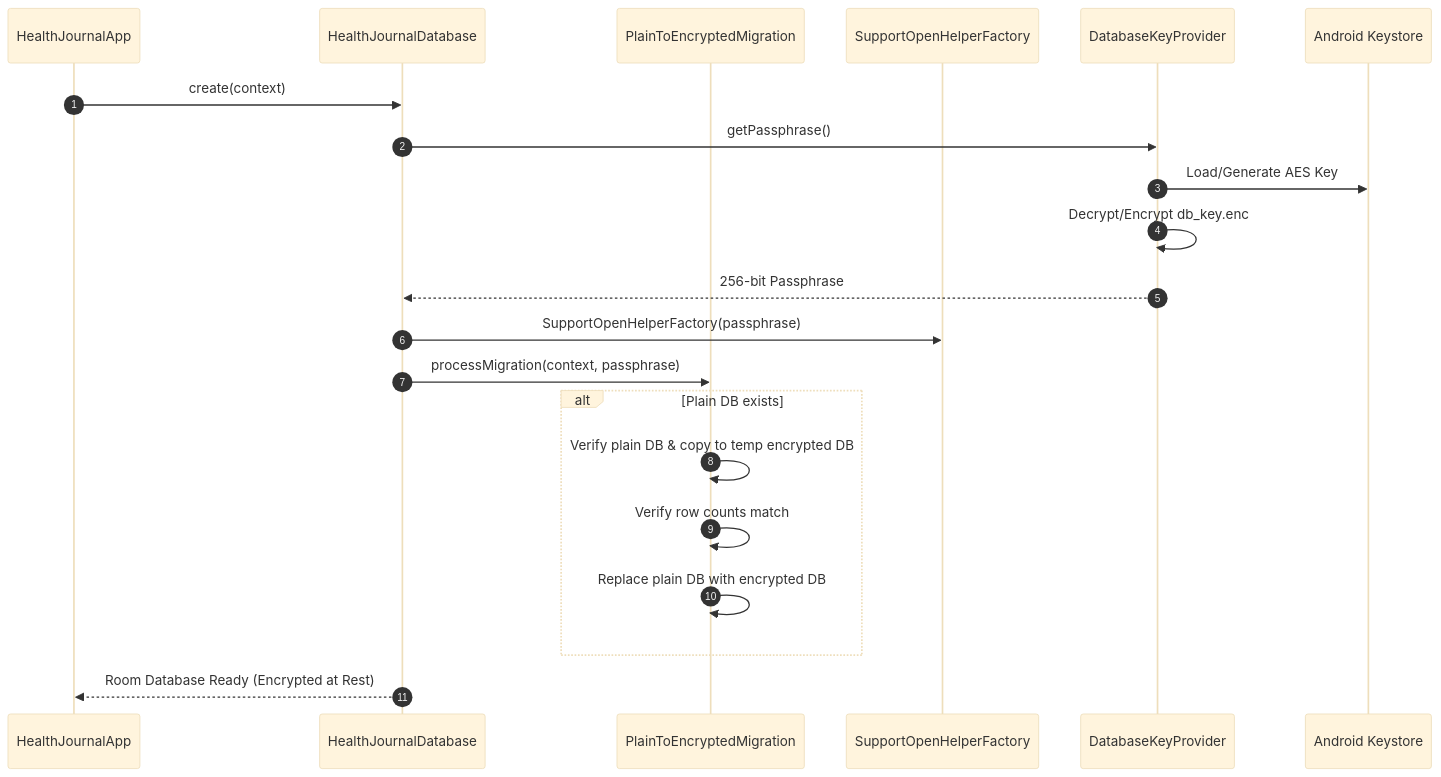
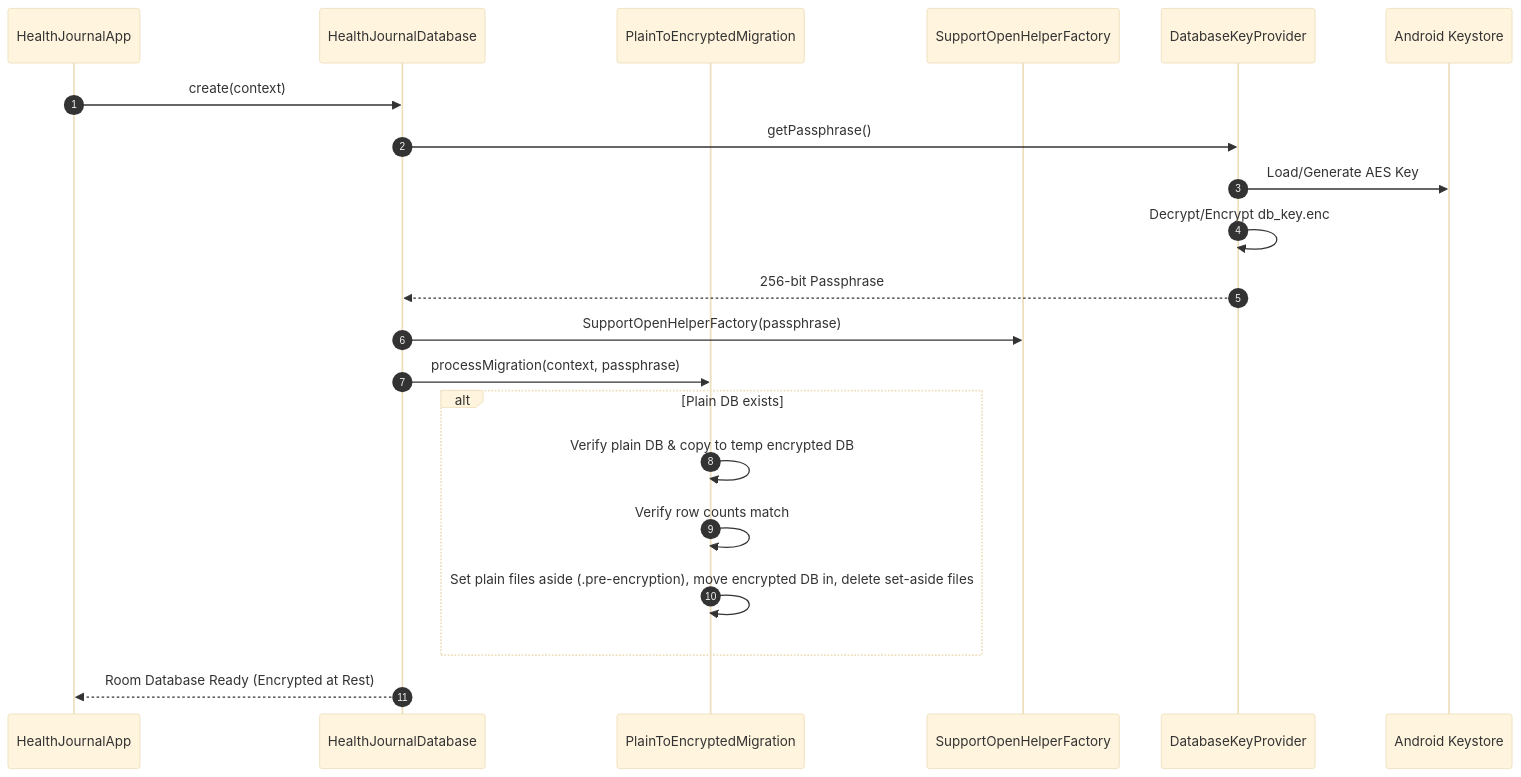
One commit to mannetje/health_journal changed the second of 4 diagrams in docs/dev/privacy-and-security.md. Above: the diagram before and after it, drawn with Mermaid (base theme). The commit also changed other lines of this file and 15 other files, not shown here.

````diff
--- a/docs/dev/privacy-and-security.md
+++ b/docs/dev/privacy-and-security.md
@@ -109,24 +109,24 @@
 ```mermaid
 sequenceDiagram
     autonumber
     participant App as HealthJournalApp
     participant DB as HealthJournalDatabase
     participant Migrator as PlainToEncryptedMigration
     participant Helper as SupportOpenHelperFactory
     participant KeyProv as DatabaseKeyProvider
     participant Keystore as Android Keystore
 
     App->>DB: create(context)
     DB->>KeyProv: getPassphrase()
     KeyProv->>Keystore: Load/Generate AES Key
     KeyProv->>KeyProv: Decrypt/Encrypt db_key.enc
     KeyProv-->>DB: 256-bit Passphrase
     DB->>Helper: SupportOpenHelperFactory(passphrase)
     DB->>Migrator: processMigration(context, passphrase)
     alt Plain DB exists
         Migrator->>Migrator: Verify plain DB & copy to temp encrypted DB
         Migrator->>Migrator: Verify row counts match
-        Migrator->>Migrator: Replace plain DB with encrypted DB
+        Migrator->>Migrator: Set plain files aside (.pre-encryption), move encrypted DB in, delete set-aside files
     end
     DB-->>App: Room Database Ready (Encrypted at Rest)
 ```
````
